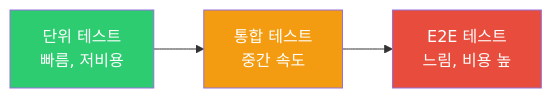
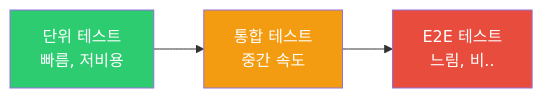
One commit to yjkim2015/yjkim2015.github.io changed the first of 3 diagrams in _posts/frontend/2026-05-02-frontend-testing.md. Above: the diagram before and after it, drawn with Mermaid. The commit also changed other lines of this file and 149 other files, not shown here.

First line of the commit message:
Mermaid 가독성 개선: 라벨 축약, 노드 축소, TD→LR 변환

````diff
--- a/_posts/frontend/2026-05-02-frontend-testing.md
+++ b/_posts/frontend/2026-05-02-frontend-testing.md
@@ -26,11 +26,11 @@
 ```mermaid
 graph LR
-    E2E["E2E 테스트<br>느림, 비용 높"]
+    E2E["E2E 테스트<br>느림, 비.."]
     INT["통합 테스트<br>중간 속도"]
     UNIT["단위 테스트<br>빠름, 저비용"]
     UNIT --> INT
     INT --> E2E
     style E2E fill:#e74c3c,color:#fff
     style INT fill:#f39c12,color:#fff
     style UNIT fill:#2ecc71,color:#fff
 ```
````
